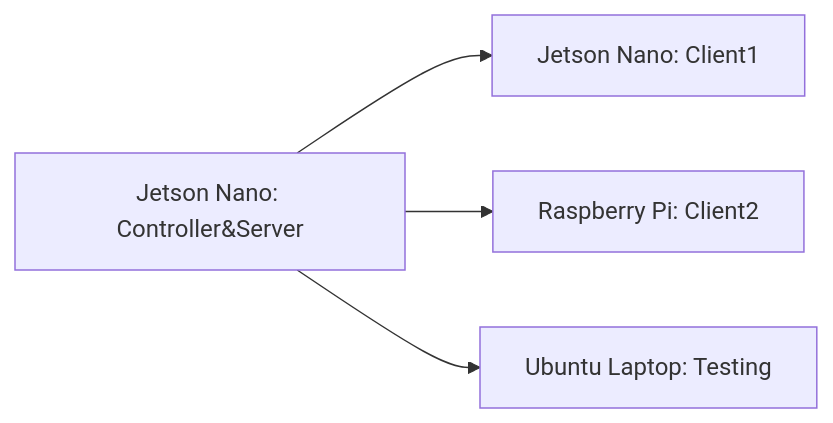
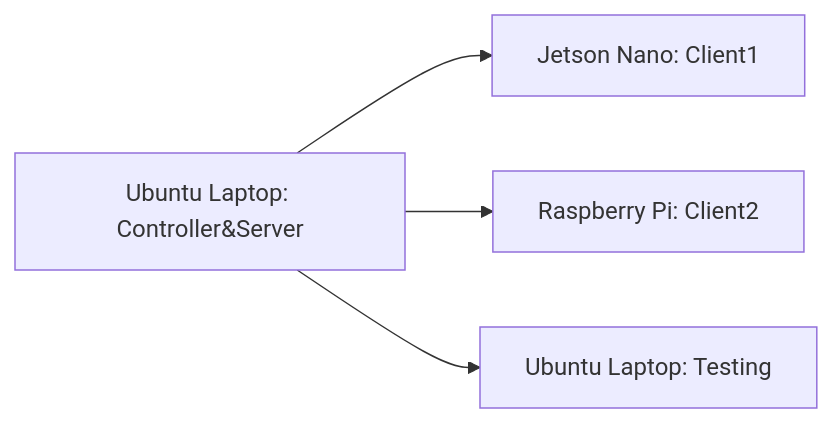
The diagram in README.md (MyStarNight/Federated-Learning-Platform), drawn with Mermaid before and after one commit. The commit also changed other lines of this file and 3 other files, not shown here.

````diff
--- a/README.md
+++ b/README.md
@@ -54,7 +64,7 @@
 ```mermaid
 graph LR
 
-A[Jetson Nano: Controller&Server] --> B[Jetson Nano: Client1]
+A[Ubuntu Laptop: Controller&Server] --> B[Jetson Nano: Client1]
 A --> C[Raspberry Pi: Client2]
 A --> D[Ubuntu Laptop: Testing]
 ```
````
